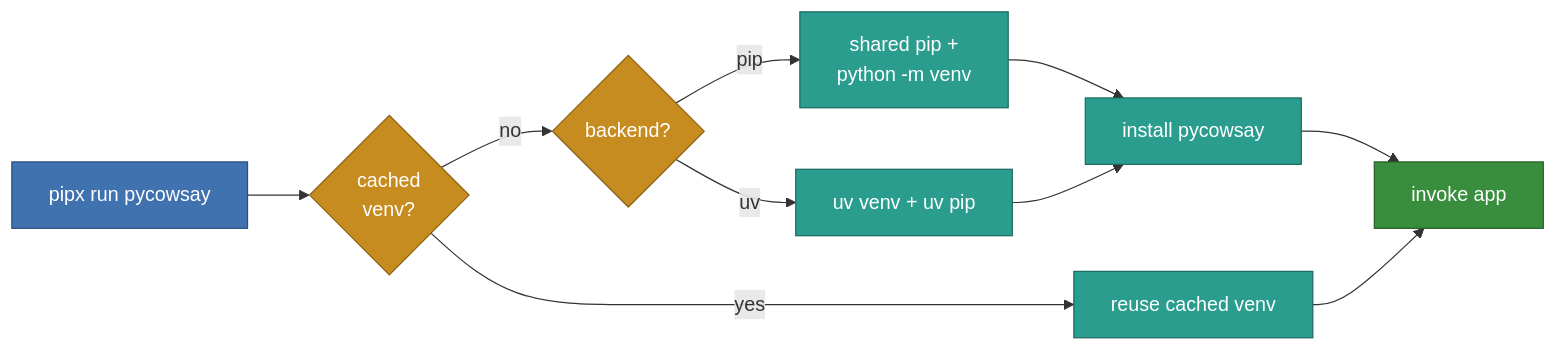
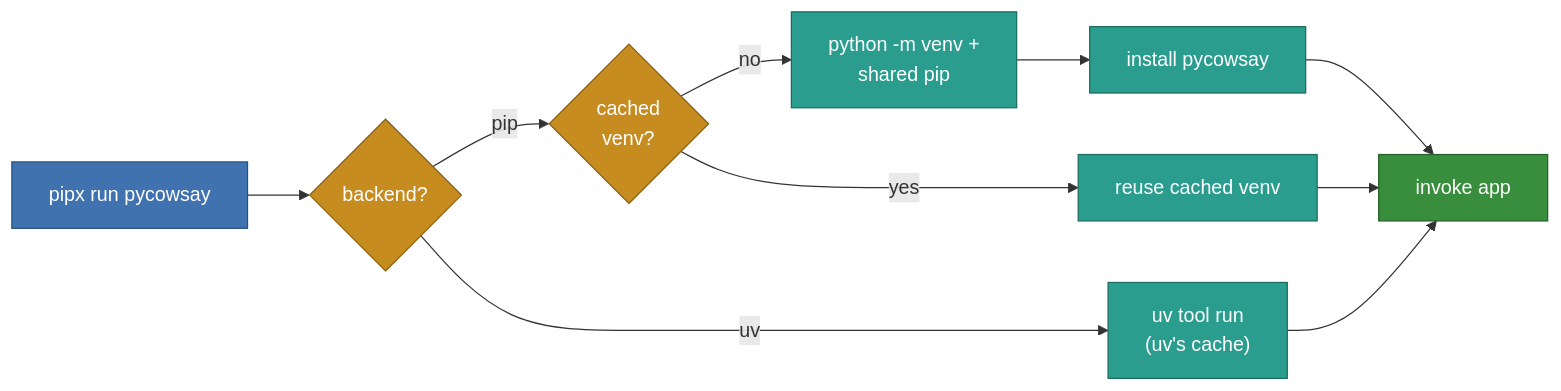
One commit to pypa/pipx changed the second of 5 diagrams in docs/explanation/how-pipx-works.rst. Above: the diagram before and after it, drawn with Mermaid. The commit also changed other lines of this file and 29 other files, not shown here.

```diff
--- a/docs/explanation/how-pipx-works.rst
+++ b/docs/explanation/how-pipx-works.rst
@@ -78,21 +80,21 @@
 .. mermaid::
 
     flowchart LR
-        A["pipx run pycowsay"] --> C{"cached<br/>venv?"}
+        A["pipx run pycowsay"] --> BK{"backend?"}
+        BK -- pip --> C{"cached<br/>venv?"}
+        BK -- uv --> U["uv tool run<br/>(uv's cache)"]
         C -- yes --> E["reuse cached venv"]
-        C -- no --> BK{"backend?"}
-        BK -- pip --> P["shared pip +<br/>python -m venv"]
-        BK -- uv --> U["uv venv + uv pip"]
+        C -- no --> P["python -m venv +<br/>shared pip"]
         P --> D["install pycowsay"]
-        U --> D
         D --> F["invoke app"]
         E --> F
+        U --> F
 
         classDef input fill:#3f72af,stroke:#28517f,color:#fff
         classDef decision fill:#c78c20,stroke:#8a6011,color:#fff
         classDef proc fill:#2a9d8f,stroke:#1c6b61,color:#fff
         classDef out fill:#388e3c,stroke:#256128,color:#fff
         class A input
         class C,BK decision
         class P,U,D,E proc
         class F out
```
